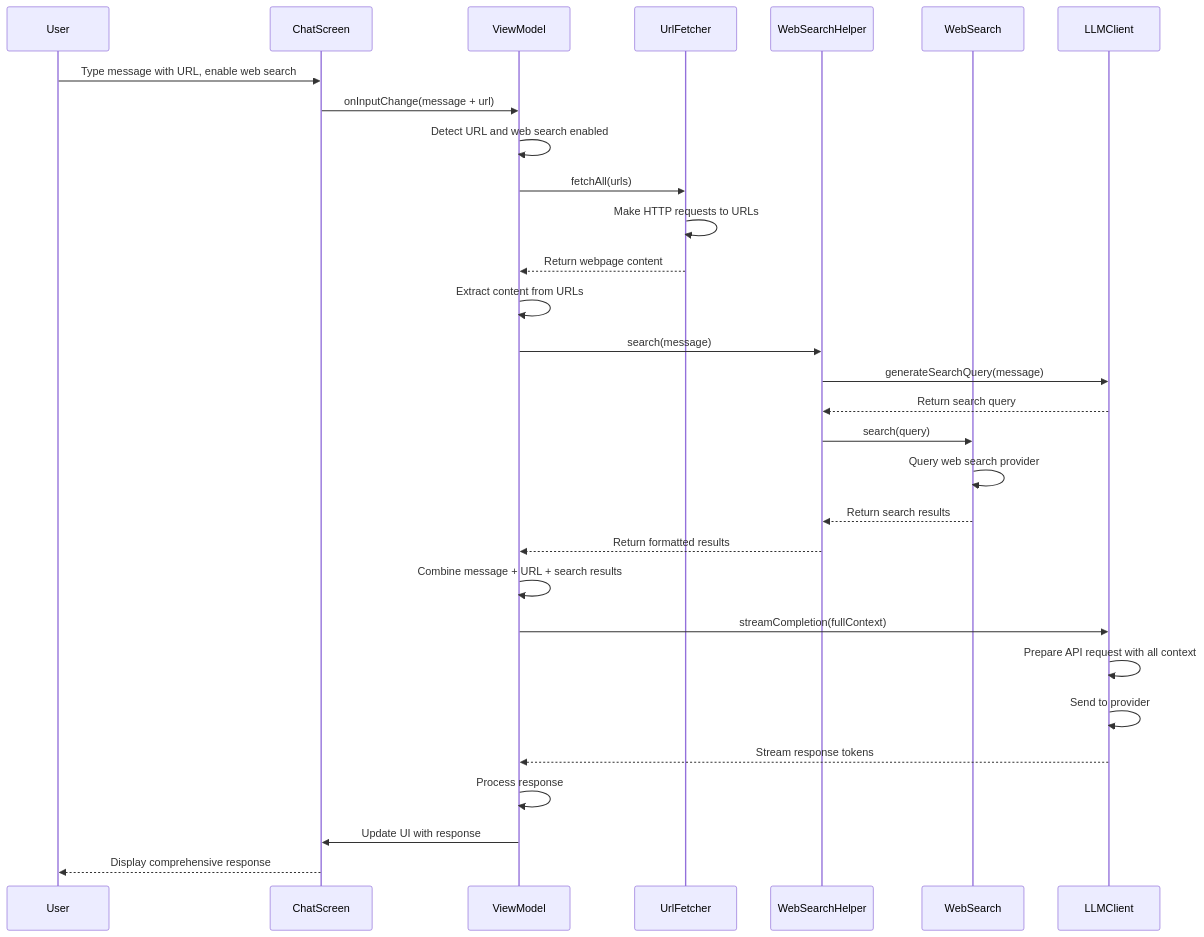
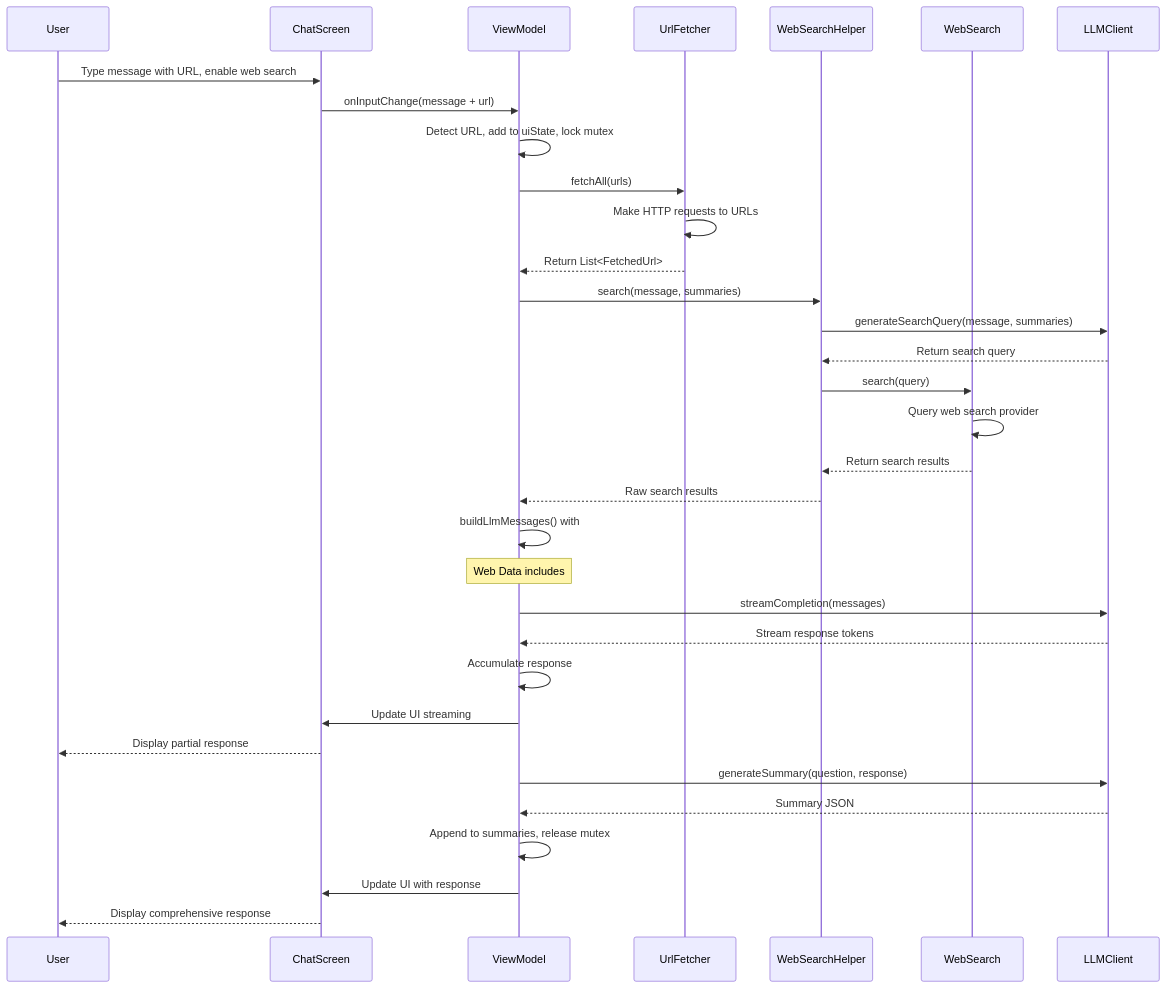
Before and after one commit to lehoang318/buddy: the sixth of 10 diagrams in docs/seq_chat.md, drawn with Mermaid. The commit also changed other lines of this file and 27 other files, not shown here.

Commit message:
Support context summaries and compression (#26)

````diff
--- a/docs/seq_chat.md
+++ b/docs/seq_chat.md
@@ -145,33 +164,36 @@
 ```mermaid
 sequenceDiagram
     participant User
     participant ChatScreen
     participant ViewModel
     participant UrlFetcher
     participant WebSearchHelper
     participant WebSearch
     participant LLMClient
 
     User->>ChatScreen: Type message with URL, enable web search
     ChatScreen->>ViewModel: onInputChange(message + url)
-    ViewModel->>ViewModel: Detect URL and web search enabled
+    ViewModel->>ViewModel: Detect URL, add to uiState, lock mutex
     ViewModel->>UrlFetcher: fetchAll(urls)
     UrlFetcher->>UrlFetcher: Make HTTP requests to URLs
-    UrlFetcher-->>ViewModel: Return webpage content
-    ViewModel->>ViewModel: Extract content from URLs
-    ViewModel->>WebSearchHelper: search(message)
-    WebSearchHelper->>LLMClient: generateSearchQuery(message)
+    UrlFetcher-->>ViewModel: Return List<FetchedUrl>
+    ViewModel->>WebSearchHelper: search(message, summaries)
+    WebSearchHelper->>LLMClient: generateSearchQuery(message, summaries)
     LLMClient-->>WebSearchHelper: Return search query
     WebSearchHelper->>WebSearch: search(query)
     WebSearch->>WebSearch: Query web search provider
     WebSearch-->>WebSearchHelper: Return search results
-    WebSearchHelper-->>ViewModel: Return formatted results
-    ViewModel->>ViewModel: Combine message + URL + search results
-    ViewModel->>LLMClient: streamCompletion(fullContext)
-    LLMClient->>LLMClient: Prepare API request with all context
-    LLMClient->>LLMClient: Send to provider
+    WebSearchHelper-->>ViewModel: Raw search results
+    ViewModel->>ViewModel: buildLlmMessages() with ## Web Data
+    Note over ViewModel: Web Data includes ### Fetched URL + ### Web Search
+    ViewModel->>LLMClient: streamCompletion(messages)
     LLMClient-->>ViewModel: Stream response tokens
-    ViewModel->>ViewModel: Process response
+    ViewModel->>ViewModel: Accumulate response
+    ViewModel->>ChatScreen: Update UI streaming
+    ChatScreen-->>User: Display partial response
+    ViewModel->>LLMClient: generateSummary(question, response)
+    LLMClient-->>ViewModel: Summary JSON
+    ViewModel->>ViewModel: Append to summaries, release mutex
     ViewModel->>ChatScreen: Update UI with response
     ChatScreen-->>User: Display comprehensive response
 ```
````
